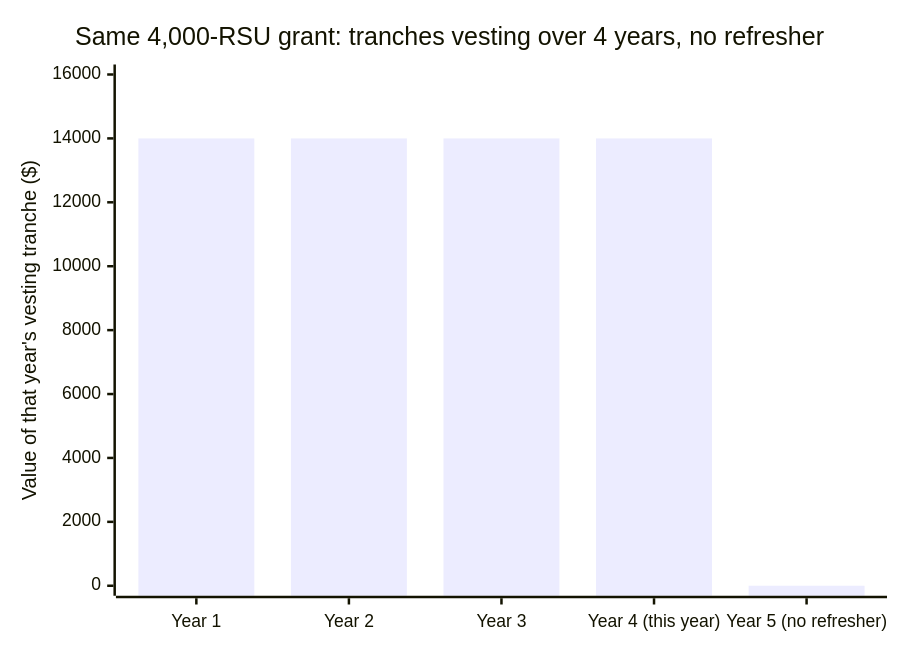
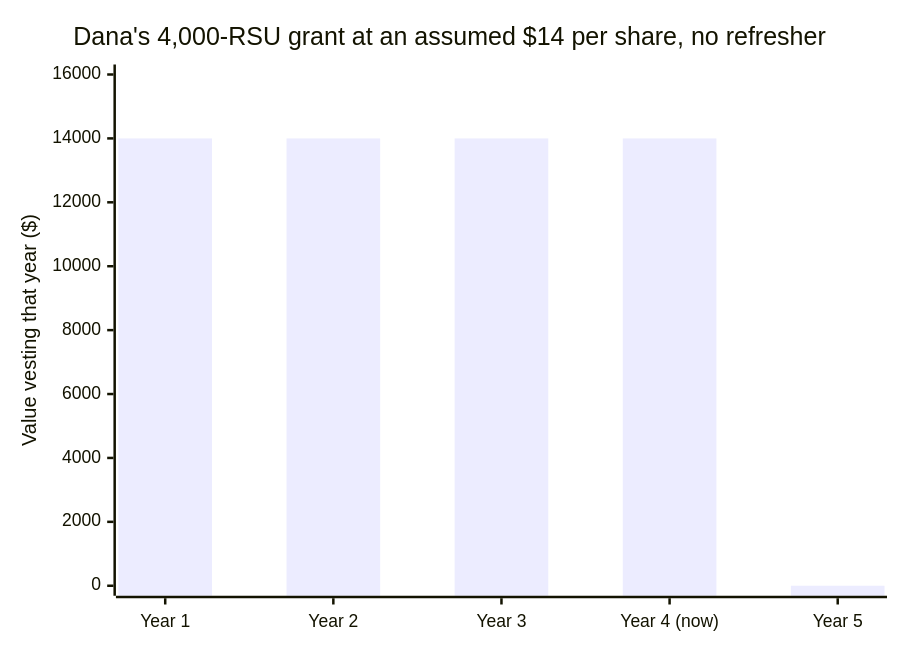
The first of 2 diagrams in src/content/career-craft/market-research/L2-concept.mdx (francoandreDev/knowledge), drawn with Mermaid before and after one commit. The commit also changed other lines of this file and 3 other files, not shown here.

````diff
--- a/src/content/career-craft/market-research/L2-concept.mdx
+++ b/src/content/career-craft/market-research/L2-concept.mdx
@@ -92,7 +41,7 @@
 ```mermaid
 xychart-beta
-    title "Same 4,000-RSU grant: tranches vesting over 4 years, no refresher"
-    x-axis ["Year 1", "Year 2", "Year 3", "Year 4 (this year)", "Year 5 (no refresher)"]
-    y-axis "Value of that year's vesting tranche ($)" 0 --> 16000
+    title "Dana's 4,000-RSU grant at an assumed $14 per share, no refresher"
+    x-axis ["Year 1", "Year 2", "Year 3", "Year 4 (now)", "Year 5"]
+    y-axis "Value vesting that year ($)" 0 --> 16000
     bar [14000, 14000, 14000, 14000, 0]
 ```
````
